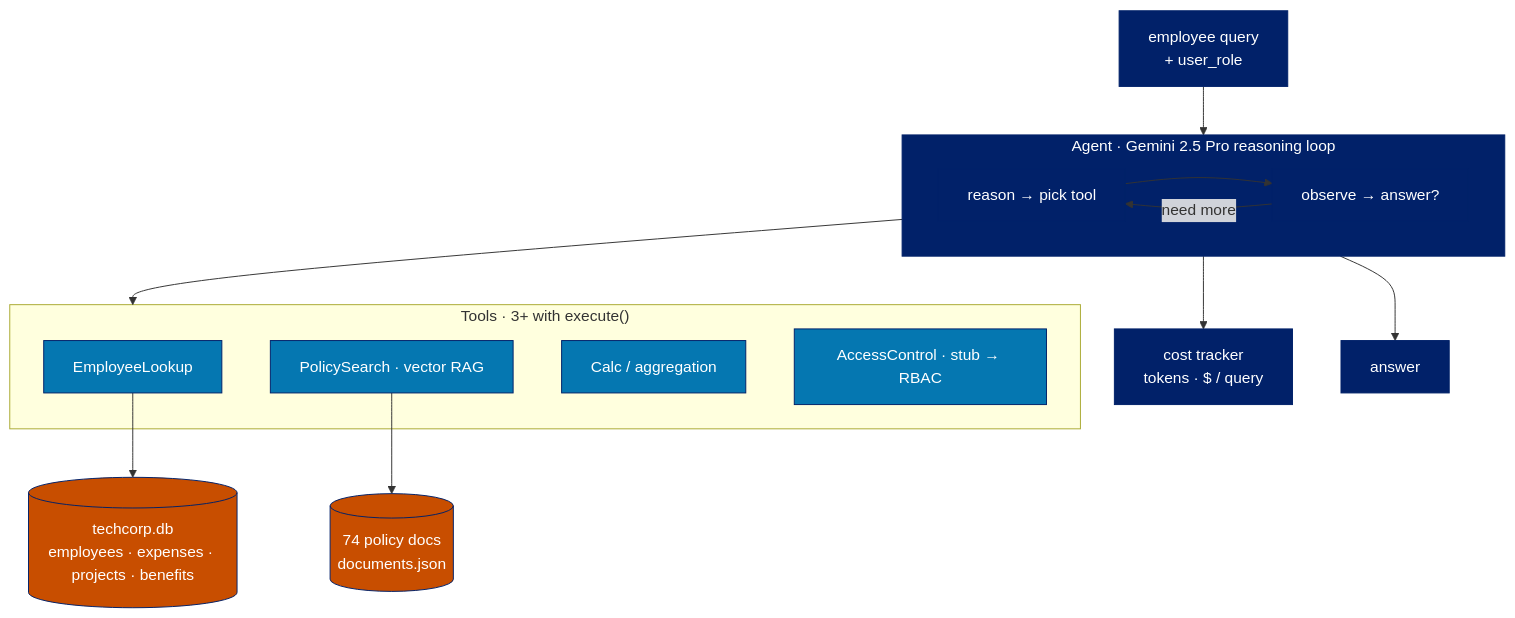
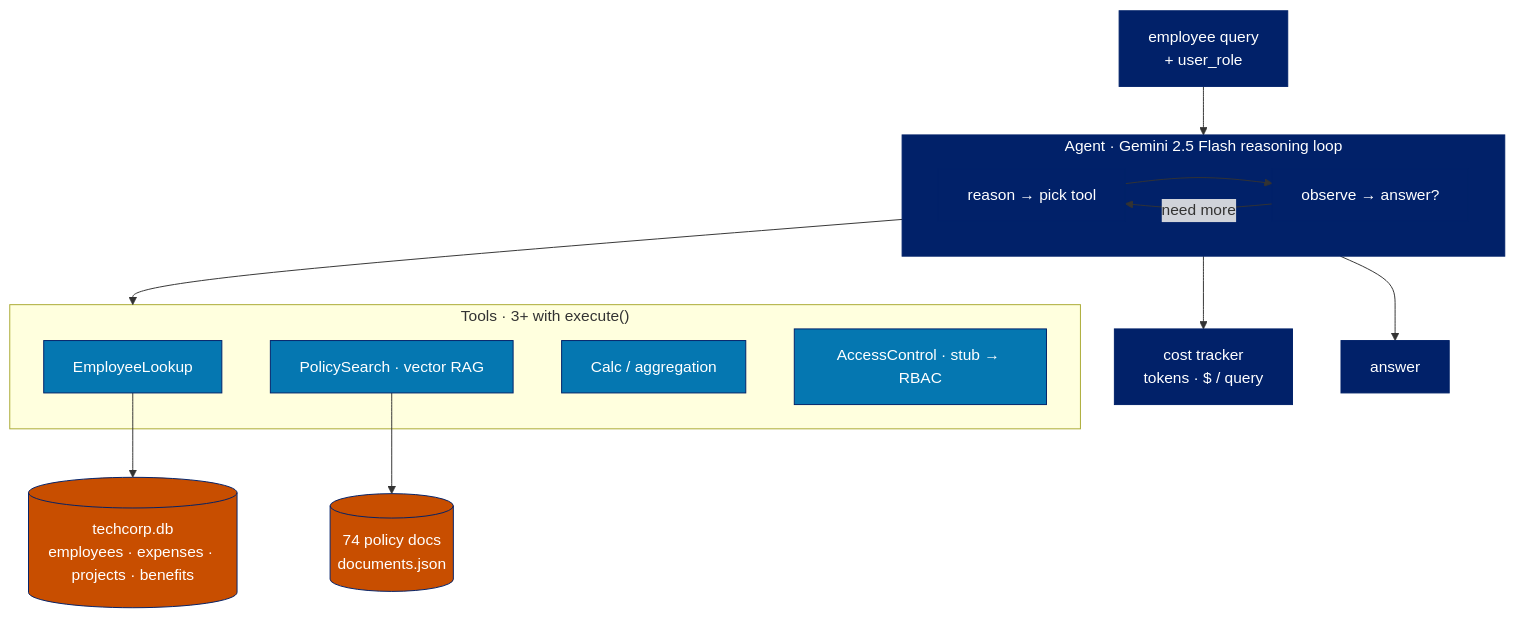
One commit to jonasneves/aipi561-llmops changed the diagram in README.md. Above: the diagram before and after it, drawn with Mermaid. The commit also changed other lines of this file and 3 other files, not shown here.

First line of the commit message:
Phase 3: agent reasoning loop (30%) — Gemini native function-calling (#3)

````diff
--- a/README.md
+++ b/README.md
@@ -14,26 +14,26 @@
 ```mermaid
 flowchart TB
     Q["employee query<br/>+ user_role"] --> AG
-    subgraph AG ["Agent · Gemini 2.5 Pro reasoning loop"]
+    subgraph AG ["Agent · Gemini 2.5 Flash reasoning loop"]
         R["reason → pick tool"] --> O["observe → answer?"]
         O -->|need more| R
     end
     AG --> TOOLS
     subgraph TOOLS ["Tools · 3+ with execute()"]
         EMP["EmployeeLookup"]
         POL["PolicySearch · vector RAG"]
         CALC["Calc / aggregation"]
         AC["AccessControl · stub → RBAC"]
     end
     EMP --> DB[("techcorp.db<br/>employees · expenses · projects · benefits")]
     POL --> DOCS[("74 policy docs<br/>documents.json")]
     AG --> COST["cost tracker<br/>tokens · $ / query"]
     AG --> ANS["answer"]
 
     classDef agent fill:#012169,stroke:#012169,color:#fff
     classDef tool fill:#0577B1,stroke:#012169,color:#fff
     classDef data fill:#C84E00,stroke:#012169,color:#fff
     class Q,AG,R,O,ANS,COST agent
     class EMP,POL,CALC,AC tool
     class DB,DOCS data
 ```
````
